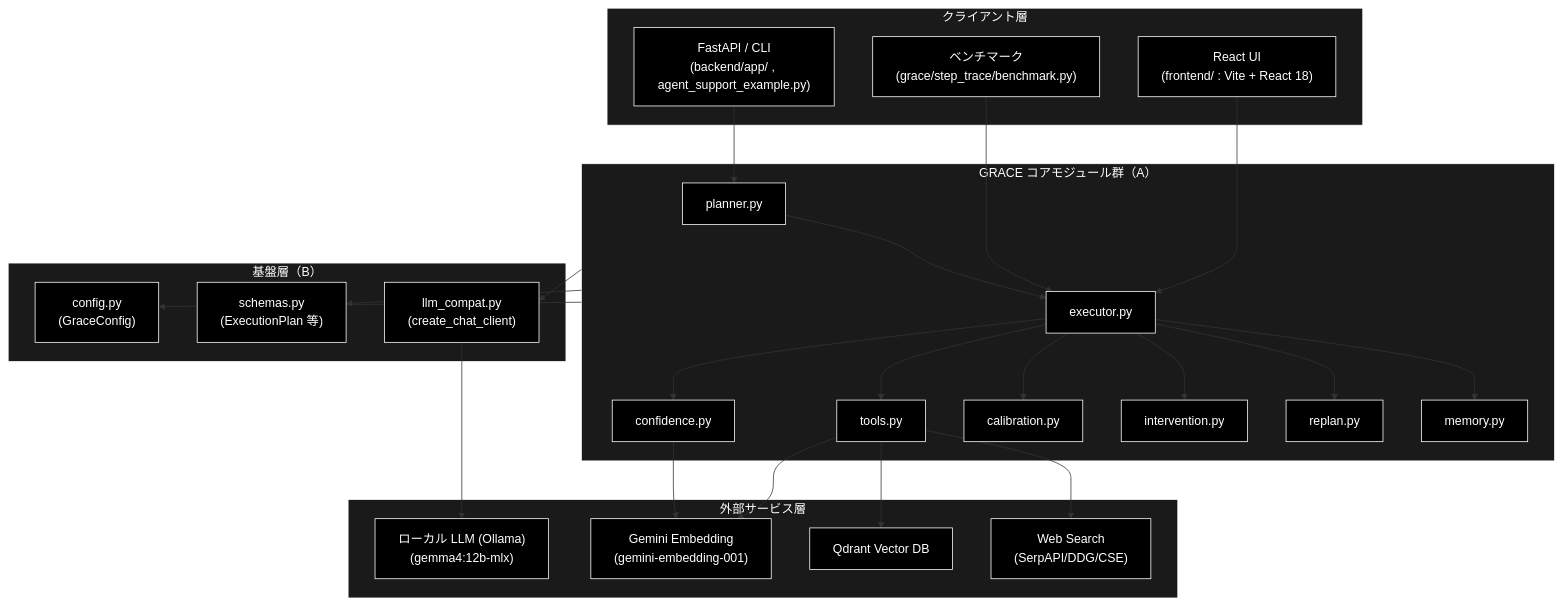
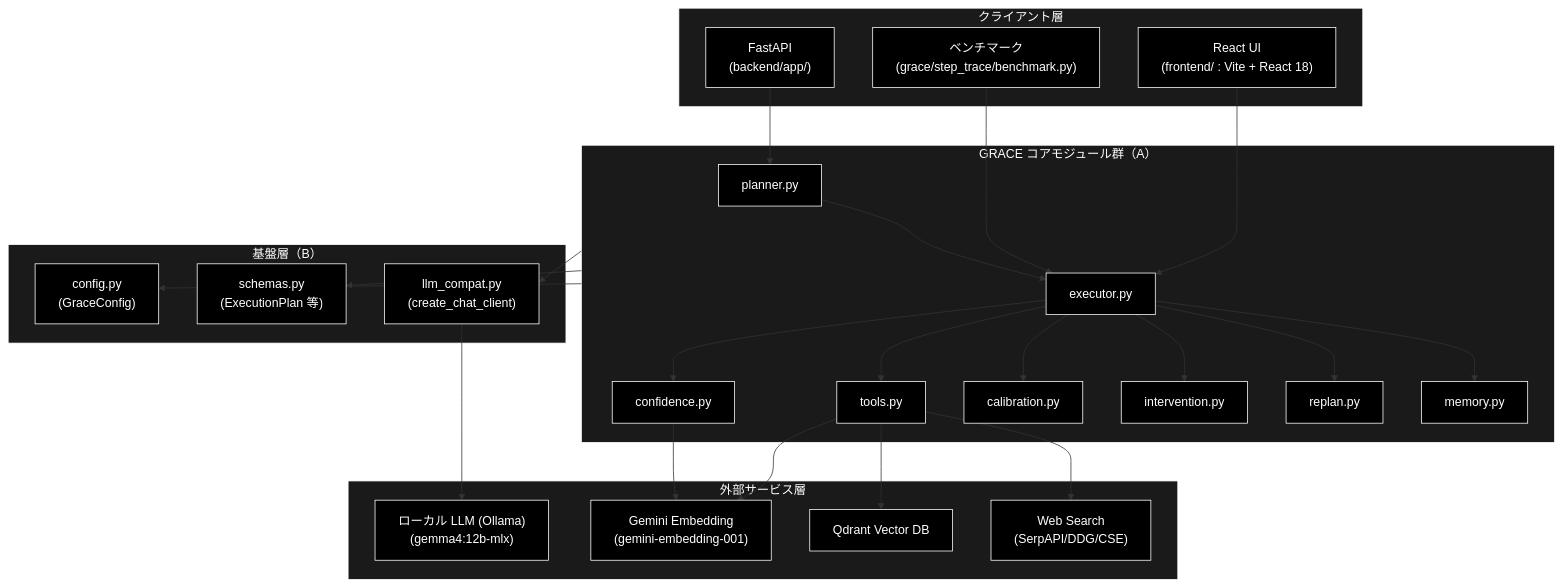
The second of 6 diagrams in grace/docs/grace_core.md (nakashima2toshio/grace_v2_local), drawn with Mermaid before and after one commit. The commit also changed 61 other files, not shown here.

````diff
--- a/grace/docs/grace_core.md
+++ b/grace/docs/grace_core.md
@@ -145,60 +145,60 @@
 ```mermaid
 flowchart TB
     subgraph CLIENT["クライアント層"]
         UI["React UI<br>(frontend/ : Vite + React 18)"]
         BENCH["ベンチマーク<br>(grace/step_trace/benchmark.py)"]
-        API["FastAPI / CLI<br>(backend/app/ , agent_support_example.py)"]
+        API["FastAPI<br>(backend/app/)"]
     end
 
     subgraph CORE["GRACE コアモジュール群（A）"]
         PLANNER["planner.py"]
         EXECUTOR["executor.py"]
         TOOLS["tools.py"]
         CONFIDENCE["confidence.py"]
         CALIBRATION["calibration.py"]
         INTERVENTION["intervention.py"]
         REPLAN["replan.py"]
         MEMORY["memory.py"]
     end
 
     subgraph FOUND["基盤層（B）"]
         CONFIG["config.py<br>(GraceConfig)"]
         SCHEMAS["schemas.py<br>(ExecutionPlan 等)"]
         LLMCOMPAT["llm_compat.py<br>(create_chat_client)"]
     end
 
     subgraph EXTERNAL["外部サービス層"]
         OLLAMA["ローカル LLM (Ollama)<br>(gemma4:12b-mlx)"]
         GEMINI["Gemini Embedding<br>(gemini-embedding-001)"]
         QDRANT["Qdrant Vector DB"]
         WEB["Web Search<br>(SerpAPI/DDG/CSE)"]
     end
 
     UI --> EXECUTOR
     BENCH --> EXECUTOR
     API --> PLANNER
     PLANNER --> EXECUTOR
     EXECUTOR --> TOOLS
     EXECUTOR --> CONFIDENCE
     EXECUTOR --> CALIBRATION
     EXECUTOR --> INTERVENTION
     EXECUTOR --> REPLAN
     EXECUTOR --> MEMORY
 
     CORE --> CONFIG
     CORE --> SCHEMAS
     CORE --> LLMCOMPAT
 
     LLMCOMPAT --> OLLAMA
     TOOLS --> GEMINI
     CONFIDENCE --> GEMINI
     TOOLS --> QDRANT
     TOOLS --> WEB
 classDef default fill:#000,stroke:#fff,color:#fff
 classDef subgraphStyle fill:#1a1a1a,stroke:#fff,color:#fff
 class UI,BENCH,API,PLANNER,EXECUTOR,TOOLS,CONFIDENCE,CALIBRATION,INTERVENTION,REPLAN,MEMORY,CONFIG,SCHEMAS,LLMCOMPAT,OLLAMA,GEMINI,QDRANT,WEB default
 style CLIENT fill:#1a1a1a,stroke:#fff,color:#fff
 style CORE fill:#1a1a1a,stroke:#fff,color:#fff
 style FOUND fill:#1a1a1a,stroke:#fff,color:#fff
 style EXTERNAL fill:#1a1a1a,stroke:#fff,color:#fff
 ```
````
